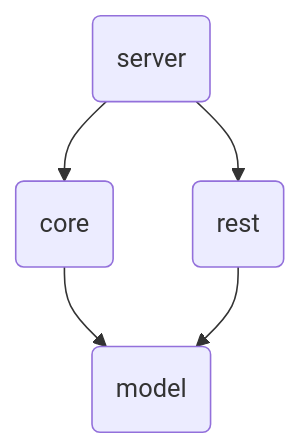
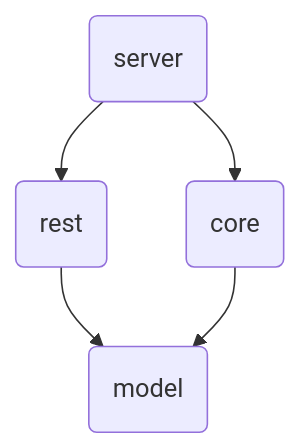
The diagram in README.md (arthurmaul/Sentinel), drawn with Mermaid before and after one commit.

Commit message:
refactor: cleaned up mermaid graph src in README.md

````diff
--- a/README.md
+++ b/README.md
@@ -30,7 +30,10 @@
 ```mermaid
-graph TD;
-    A(server)-->B(core);
-    A-->C(rest);
-    B-->D(model);
-    C-->D;
+graph TD
+    A(server)
+    B(rest)
+    C(core)
+    D(model)
+
+    A--> B --> D
+    A --> C --> D
 ```
````
